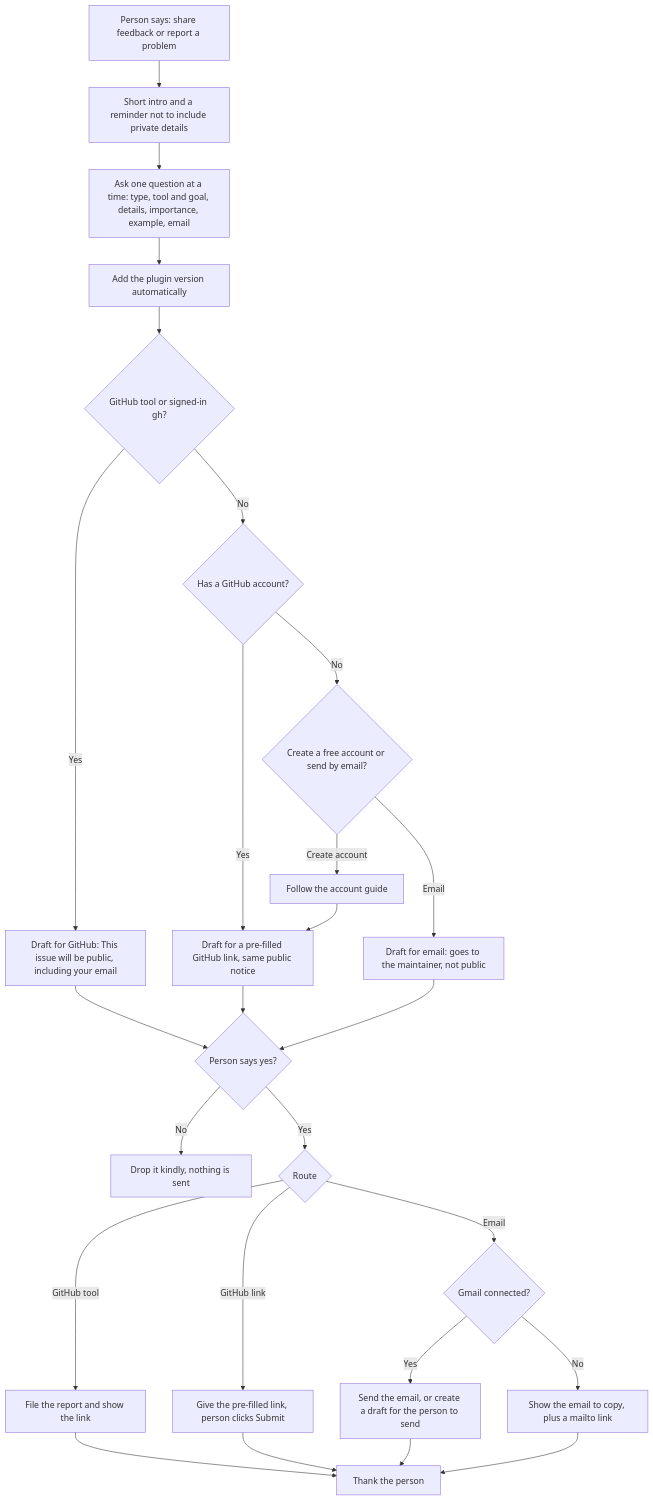
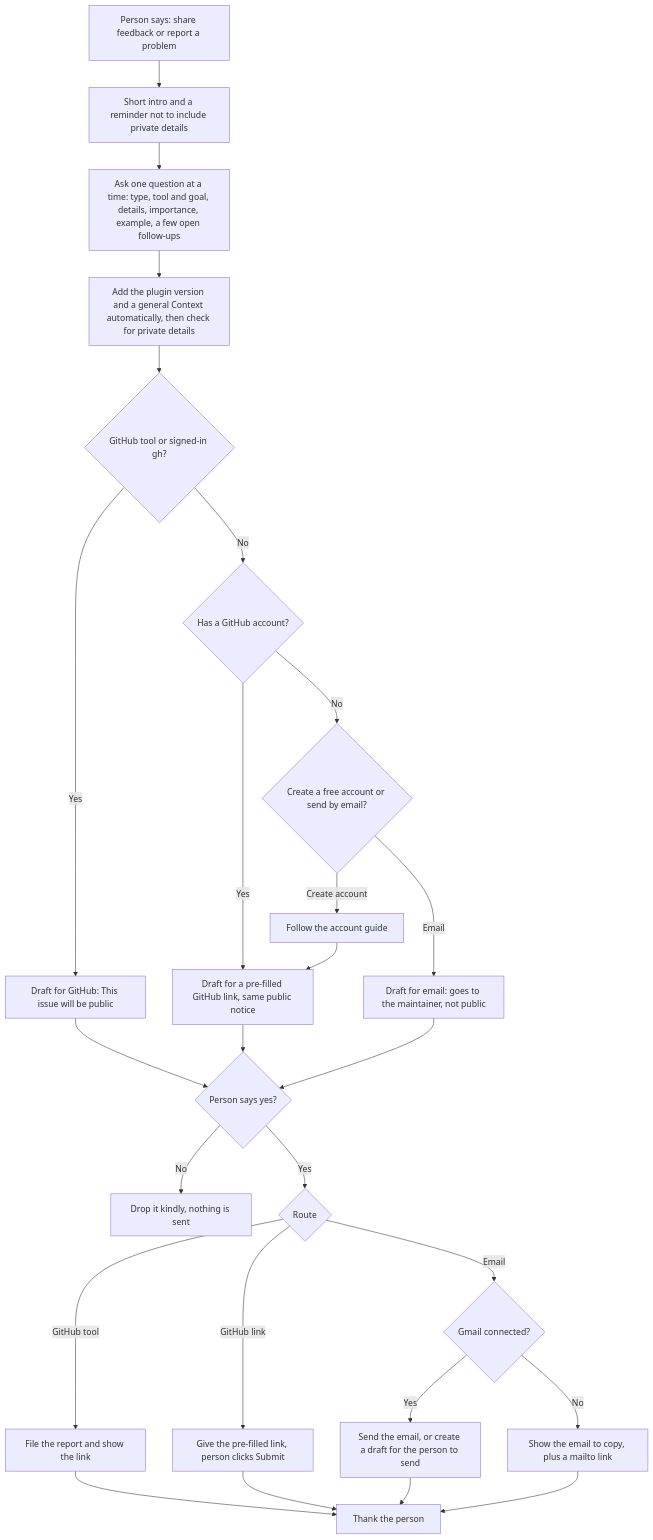
Before and after one commit to tejitpabari99/tejit-non-profit-mkt: the diagram in docs/skills/share-feedback.md, drawn with Mermaid. The commit also changed other lines of this file and 33 other files, not shown here.

First line of the commit message:
Add nonprofit guide PDF and improve onboarding, calendar and feedback flows (0.1.2) (#4)

````diff
--- a/docs/skills/share-feedback.md
+++ b/docs/skills/share-feedback.md
@@ -11,27 +11,27 @@
 ```mermaid
 flowchart TD
     A["Person says: share feedback or report a problem"] --> B["Short intro and a reminder not to include private details"]
-    B --> C["Ask one question at a time: type, tool and goal, details, importance, example, email"]
-    C --> D["Add the plugin version automatically"]
+    B --> C["Ask one question at a time: type, tool and goal, details, importance, example, a few open follow-ups"]
+    C --> D["Add the plugin version and a general Context automatically, then check for private details"]
     D --> R{"GitHub tool or signed-in gh?"}
-    R -- Yes --> E1["Draft for GitHub: This issue will be public, including your email"]
+    R -- Yes --> E1["Draft for GitHub: This issue will be public"]
     R -- No --> Q{"Has a GitHub account?"}
     Q -- Yes --> E2["Draft for a pre-filled GitHub link, same public notice"]
     Q -- No --> P{"Create a free account or send by email?"}
     P -- Create account --> AG["Follow the account guide"] --> E2
     P -- Email --> E3["Draft for email: goes to the maintainer, not public"]
     E1 --> F{"Person says yes?"}
     E2 --> F
     E3 --> F
     F -- No --> G["Drop it kindly, nothing is sent"]
     F -- Yes --> H{"Route"}
     H -- GitHub tool --> I["File the report and show the link"]
     H -- GitHub link --> K["Give the pre-filled link, person clicks Submit"]
     H -- Email --> M{"Gmail connected?"}
     M -- Yes --> N["Send the email, or create a draft for the person to send"]
     M -- No --> O["Show the email to copy, plus a mailto link"]
     I --> L["Thank the person"]
     K --> L
     N --> L
     O --> L
 ```
````
